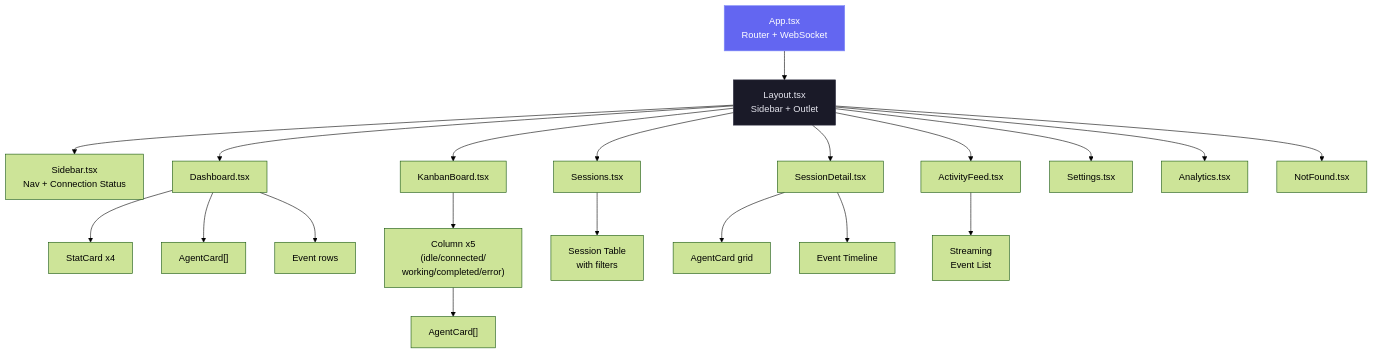
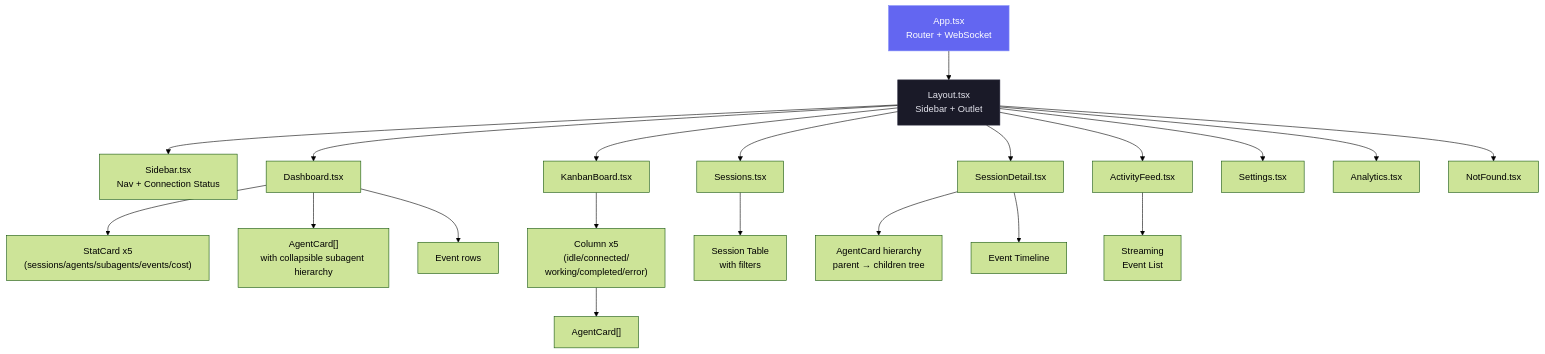
The seventh of 22 diagrams in ARCHITECTURE.md (mirkanu/gsd-dashboard), drawn with Mermaid (forest theme) before and after one commit. The commit also changed other lines of this file and 2 other files, not shown here.

Commit message:
docs: document subagent hierarchy visualization feature
Update docs to reflect the collapsible parent-child agent tree
added to Dashboard and Session Detail pages:

- README: update Dashboard, Session Detail, and add Subagent
  Hierarchy feature row in the features table
- ARCHITECTURE: update route table data sources, component tree
  diagram (StatCard count, hierarchy labels)
- index.html wiki: update Live Dashboard and Session Detail
  feature cards, rename Background Agents card to Subagent
  Hierarchy with expanded description

````diff
--- a/ARCHITECTURE.md
+++ b/ARCHITECTURE.md
@@ -293,34 +293,34 @@
 ```mermaid
 graph TD
     APP["App.tsx<br/>Router + WebSocket"]
     LAYOUT["Layout.tsx<br/>Sidebar + Outlet"]
     SIDEBAR["Sidebar.tsx<br/>Nav + Connection Status"]
     DASH["Dashboard.tsx"]
     KANBAN["KanbanBoard.tsx"]
     SESS["Sessions.tsx"]
     DETAIL["SessionDetail.tsx"]
     ACTIVITY["ActivityFeed.tsx"]
     SETTINGS_P["Settings.tsx"]
 
     ANALYTICS_P["Analytics.tsx"]
     NOTFOUND["NotFound.tsx"]
 
     APP --> LAYOUT
     LAYOUT --> SIDEBAR
     LAYOUT --> DASH & KANBAN & SESS & DETAIL & ACTIVITY & ANALYTICS_P & SETTINGS_P & NOTFOUND
 
-    DASH --> SC1["StatCard x4"]
-    DASH --> AC1["AgentCard[]"]
+    DASH --> SC1["StatCard x5<br/>(sessions/agents/subagents/events/cost)"]
+    DASH --> AC1["AgentCard[]<br/>with collapsible subagent hierarchy"]
     DASH --> EV1["Event rows"]
 
     KANBAN --> COL["Column x5<br/>(idle/connected/<br/>working/completed/error)"]
     COL --> AC2["AgentCard[]"]
 
     SESS --> TABLE["Session Table<br/>with filters"]
-    DETAIL --> AC3["AgentCard grid"]
+    DETAIL --> AC3["AgentCard hierarchy<br/>parent → children tree"]
     DETAIL --> TL["Event Timeline"]
     ACTIVITY --> FEED["Streaming<br/>Event List"]
 
     style APP fill:#6366f1,stroke:#818cf8,color:#fff
     style LAYOUT fill:#1a1a28,stroke:#2a2a3d,color:#e4e4ed
 ```
````
